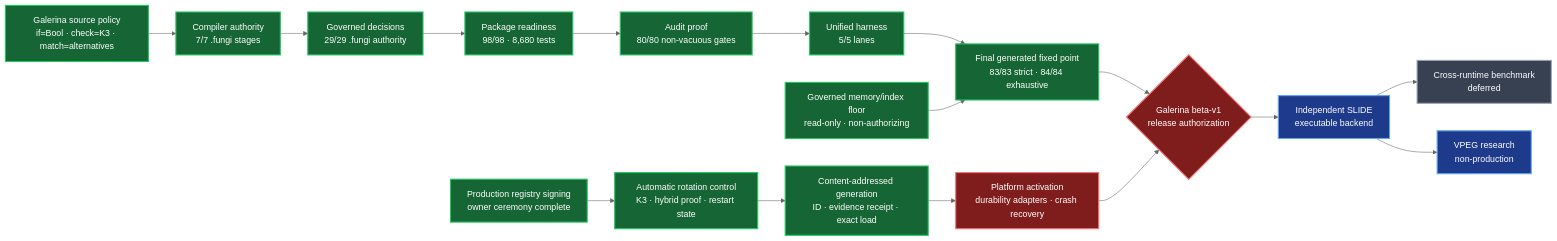
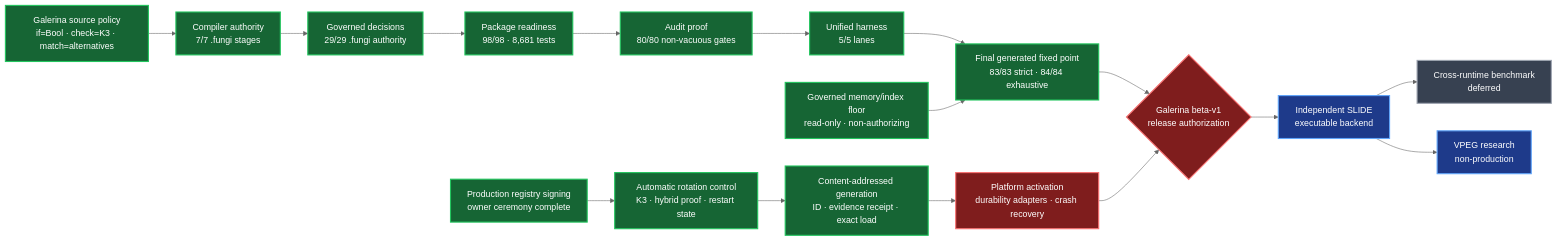
Before and after one commit to TritHypha/Deveolpment-runtime-fungi-gate: the diagram in docs/reports/zero-trust-tooling-refactor-completion-2026-07-29.md, drawn with Mermaid (neutral theme). The commit also changed other lines of this file and 17 other files, not shown here.

````diff
--- a/docs/reports/zero-trust-tooling-refactor-completion-2026-07-29.md
+++ b/docs/reports/zero-trust-tooling-refactor-completion-2026-07-29.md
@@ -39,30 +39,30 @@
 ```mermaid
 flowchart LR
     S["Galerina source policy<br/>if=Bool · check=K3 · match=alternatives"]:::green
     C["Compiler authority<br/>7/7 .fungi stages"]:::green
     K["Governed decisions<br/>29/29 .fungi authority"]:::green
-    P["Package readiness<br/>98/98 · 8,680 tests"]:::green
+    P["Package readiness<br/>98/98 · 8,681 tests"]:::green
     A["Audit proof<br/>80/80 non-vacuous gates"]:::green
     U["Unified harness<br/>5/5 lanes"]:::green
     X["Final generated fixed point<br/>83/83 strict · 84/84 exhaustive"]:::green
     M["Governed memory/index floor<br/>read-only · non-authorizing"]:::green
     R["Production registry signing<br/>owner ceremony complete"]:::green
     ROT["Automatic rotation control<br/>K3 · hybrid proof · restart state"]:::green
     GEN["Content-addressed generation<br/>ID · evidence receipt · exact load"]:::green
     ACT["Platform activation<br/>durability adapters · crash recovery"]:::red
     B{"Galerina beta-v1<br/>release authorization"}:::red
     L["Independent SLIDE<br/>executable backend"]:::blue
     V["VPEG research<br/>non-production"]:::blue
     Q["Cross-runtime benchmark<br/>deferred"]:::grey
 
     S --> C --> K --> P --> A --> U --> X --> B
     M --> X
     R --> ROT --> GEN --> ACT --> B
     B --> L --> Q
     L --> V
 
     classDef green fill:#166534,color:#fff,stroke:#22c55e,stroke-width:2px;
     classDef red fill:#7f1d1d,color:#fff,stroke:#f87171,stroke-width:2px;
     classDef blue fill:#1e3a8a,color:#fff,stroke:#60a5fa,stroke-width:2px;
     classDef grey fill:#374151,color:#fff,stroke:#9ca3af,stroke-width:2px;
 ```
````
